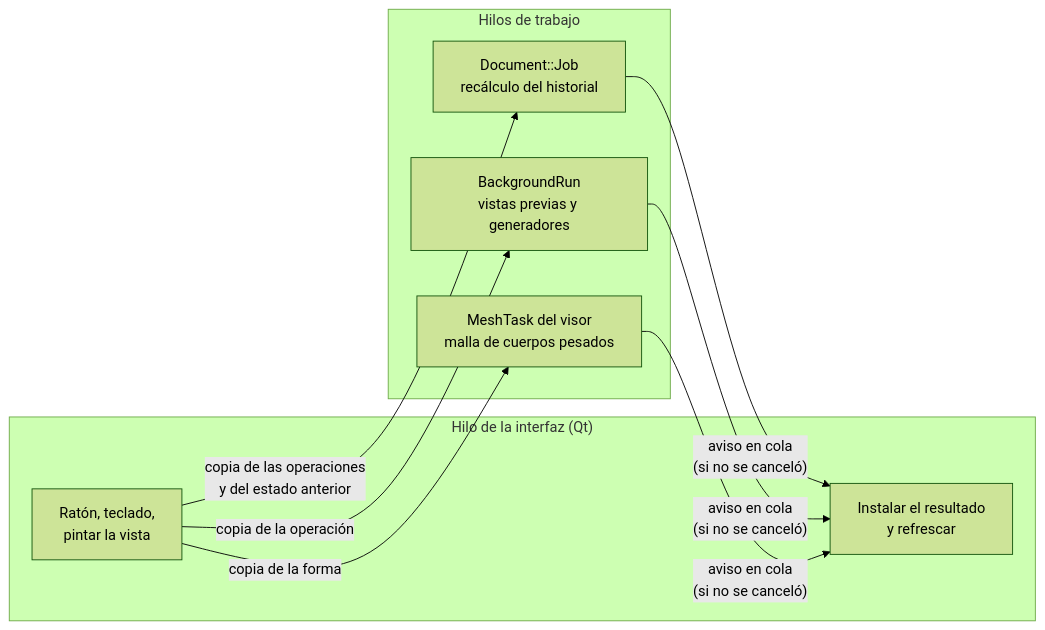
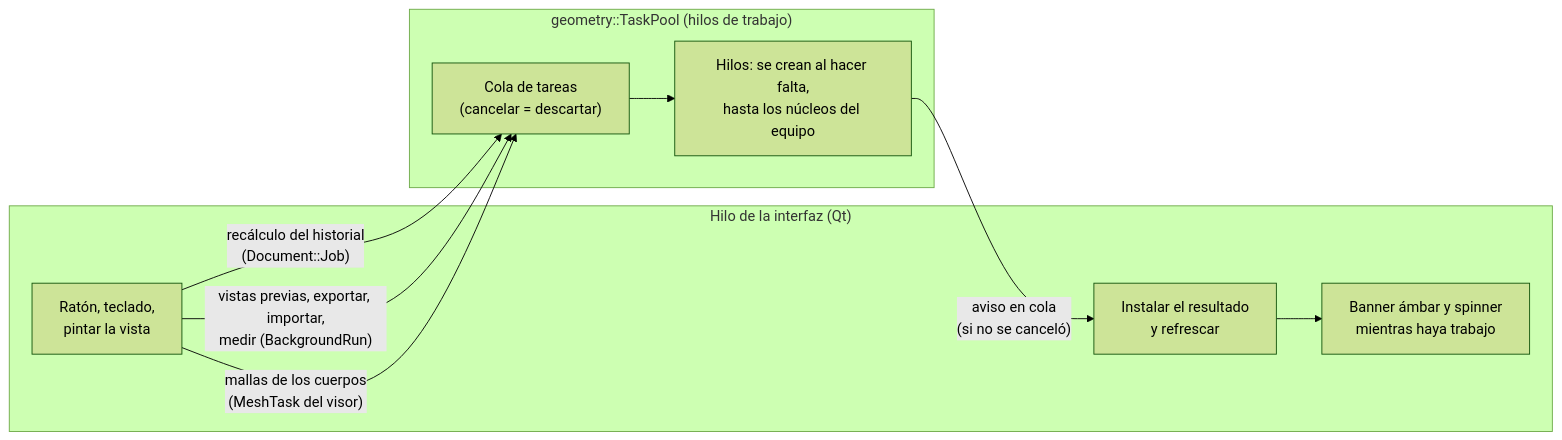
The eighth of 9 diagrams in docs/arquitectura.md (GeoNufio1404/NufioCAD), drawn with Mermaid (forest theme) before and after one commit. The commit also changed other lines of this file and 20 other files, not shown here.

````diff
--- a/docs/arquitectura.md
+++ b/docs/arquitectura.md
@@ -309,16 +312,18 @@
 ```mermaid
 flowchart LR
     subgraph UI["Hilo de la interfaz (Qt)"]
         ev["Ratón, teclado,<br/>pintar la vista"]
         inst["Instalar el resultado<br/>y refrescar"]
+        spin["Banner ámbar y spinner<br/>mientras haya trabajo"]
     end
-    subgraph W["Hilos de trabajo"]
-        job["Document::Job<br/>recálculo del historial"]
-        prev["BackgroundRun<br/>vistas previas y generadores"]
-        mesh["MeshTask del visor<br/>malla de cuerpos pesados"]
+    subgraph POOL["geometry::TaskPool (hilos de trabajo)"]
+        q["Cola de tareas<br/>(cancelar = descartar)"]
+        w["Hilos: se crean al hacer falta,<br/>hasta los núcleos del equipo"]
+        q --> w
     end
-    ev -- "copia de las operaciones<br/>y del estado anterior" --> job
-    ev -- "copia de la operación" --> prev
-    ev -- "copia de la forma" --> mesh
-    job & prev & mesh -- "aviso en cola<br/>(si no se canceló)" --> inst
+    ev -- "recálculo del historial<br/>(Document::Job)" --> q
+    ev -- "vistas previas, exportar, importar,<br/>medir (BackgroundRun)" --> q
+    ev -- "mallas de los cuerpos<br/>(MeshTask del visor)" --> q
+    w -- "aviso en cola<br/>(si no se canceló)" --> inst
+    inst --> spin
 ```
````
